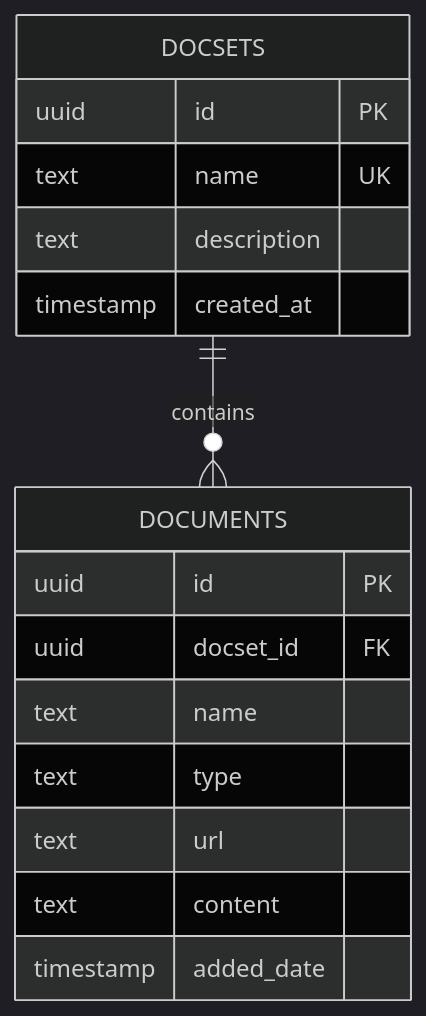
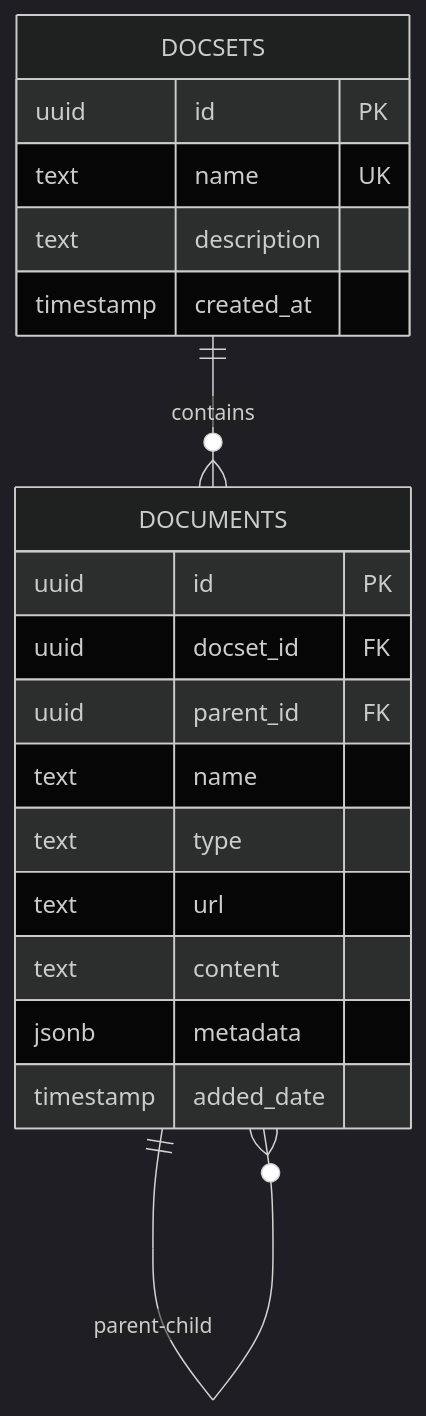
One commit to benyue1978/fun-withus-ragspace changed the diagram in DATABASE_SCHEMA.md. Above: the diagram before and after it, drawn with Mermaid (dark theme). The commit also changed other lines of this file and 5 other files, not shown here.

````diff
--- a/DATABASE_SCHEMA.md
+++ b/DATABASE_SCHEMA.md
@@ -9,21 +9,24 @@
 ```mermaid
 erDiagram
     DOCSETS {
         uuid id PK
         text name UK
         text description
         timestamp created_at
     }
     
     DOCUMENTS {
         uuid id PK
         uuid docset_id FK
+        uuid parent_id FK
         text name
         text type
         text url
         text content
+        jsonb metadata
         timestamp added_date
     }
     
     DOCSETS ||--o{ DOCUMENTS : "contains"
+    DOCUMENTS ||--o{ DOCUMENTS : "parent-child"
 ```
````
